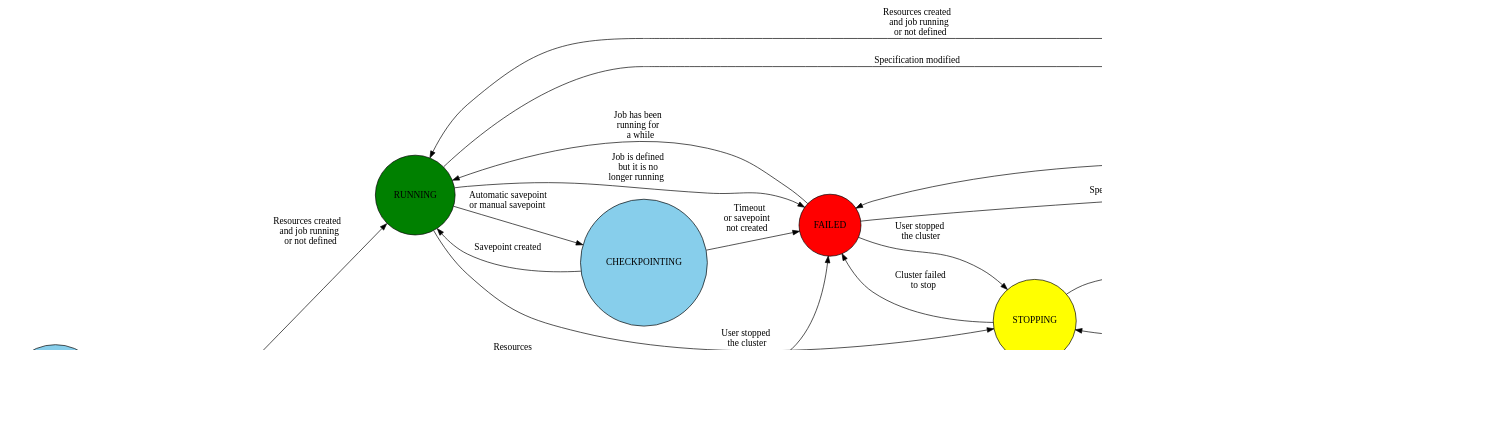
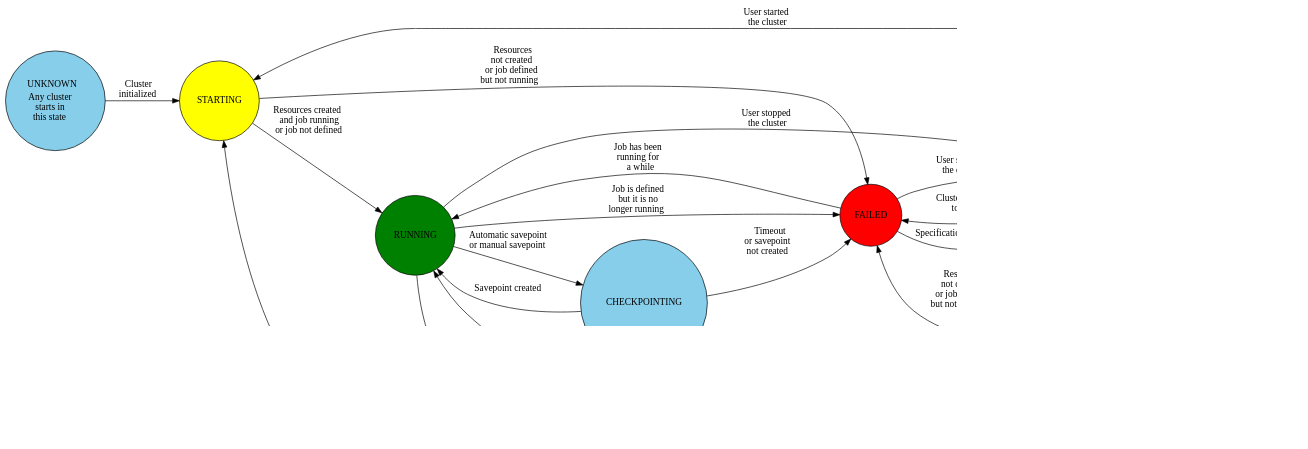
Before and after one commit to nextbreakpoint/flink-k8s-toolbox: the diagram in graphs/flink-cluster.dot, drawn with Graphviz. The commit also changed 3 other files, not shown here.

Commit message:
update graphs

```diff
--- a/graphs/flink-cluster.dot
+++ b/graphs/flink-cluster.dot
@@ -1,170 +1,163 @@
 digraph state_machine {
   graph [autosize=false, resolution=100];
   center=true;
   margin=0;
   rankdir=LR;
   node [shape=circle, style="filled", fillcolor=skyblue];
   UNKNOWN [ label = <
       <TABLE ALIGN="LEFT" BORDER="0" CELLBORDER="0" CELLSPACING="0">
           <TR>
               <TD>UNKNOWN</TD>
           </TR>
           <TR>
               <TD>Any cluster<BR/>starts in<BR/>this state</TD>
           </TR>
       </TABLE>
   > ];
   UNKNOWN -> STARTING [ label = <
       <TABLE ALIGN="LEFT" BORDER="0" CELLBORDER="0" CELLSPACING="0">
           <TR>
               <TD>Cluster<BR/>initialized</TD>
           </TR>
       </TABLE>
   > ];
   STARTING -> RUNNING [ label = <
       <TABLE ALIGN="LEFT" BORDER="0" CELLBORDER="0" CELLSPACING="0">
           <TR>
-              <TD>Resources created<BR/>and job running<BR/>or not defined</TD>
+              <TD>Resources created<BR/>and job running<BR/>or job not defined</TD>
           </TR>
       </TABLE>
   > ];
   STARTING -> FAILED [ label = <
       <TABLE ALIGN="LEFT" BORDER="0" CELLBORDER="0" CELLSPACING="0">
           <TR>
               <TD>Resources<BR/>not created<BR/>or job defined<BR/>but not running</TD>
           </TR>
       </TABLE>
   > ];
   RUNNING -> CHECKPOINTING [ label = <
       <TABLE ALIGN="LEFT" BORDER="0" CELLBORDER="0" CELLSPACING="0">
           <TR>
               <TD>Automatic savepoint<BR/>or manual savepoint</TD>
           </TR>
       </TABLE>
   > ];
   RUNNING -> UPDATING [ label = <
       <TABLE ALIGN="LEFT" BORDER="0" CELLBORDER="0" CELLSPACING="0">
           <TR>
               <TD>Specification modified</TD>
           </TR>
       </TABLE>
   > ];
   RUNNING -> FAILED [ label = <
       <TABLE ALIGN="LEFT" BORDER="0" CELLBORDER="0" CELLSPACING="0">
           <TR>
               <TD>Job is defined<BR/>but it is no<BR/>longer running</TD>
           </TR>
       </TABLE>
   > ];
   RUNNING -> STOPPING [ label = <
       <TABLE ALIGN="LEFT" BORDER="0" CELLBORDER="0" CELLSPACING="0">
           <TR>
               <TD>User stopped<BR/>the cluster</TD>
           </TR>
       </TABLE>
   > ];
   UPDATING -> FAILED [ label = <
       <TABLE ALIGN="LEFT" BORDER="0" CELLBORDER="0" CELLSPACING="0">
           <TR>
               <TD>Resources<BR/>not created<BR/>or job defined<BR/>but not running</TD>
           </TR>
       </TABLE>
   > ];
   UPDATING -> RUNNING [ label = <
       <TABLE ALIGN="LEFT" BORDER="0" CELLBORDER="0" CELLSPACING="0">
           <TR>
-              <TD>Resources created<BR/>and job running<BR/>or not defined</TD>
+              <TD>Resources created<BR/>and job running<BR/>or job not defined</TD>
           </TR>
       </TABLE>
   > ];
   STOPPING -> SUSPENDED [ label = <
       <TABLE ALIGN="LEFT" BORDER="0" CELLBORDER="0" CELLSPACING="0">
           <TR>
               <TD>User stopped<BR/>the cluster<BR/>but didn't ask to<BR/>delete resources</TD>
           </TR>
       </TABLE>
   > ];
   STOPPING -> TERMINATED [ label = <
       <TABLE ALIGN="LEFT" BORDER="0" CELLBORDER="0" CELLSPACING="0">
           <TR>
               <TD>User stopped<BR/>the cluster<BR/>and asked to<BR/>delete resources</TD>
           </TR>
       </TABLE>
   > ];
   STOPPING -> FAILED [ label = <
       <TABLE ALIGN="LEFT" BORDER="0" CELLBORDER="0" CELLSPACING="0">
           <TR>
               <TD>Cluster failed<BR/>to stop</TD>
           </TR>
       </TABLE>
   > ];
   CHECKPOINTING -> RUNNING [ label = <
       <TABLE ALIGN="LEFT" BORDER="0" CELLBORDER="0" CELLSPACING="0">
           <TR>
               <TD>Savepoint created</TD>
           </TR>
       </TABLE>
   > ];
   CHECKPOINTING -> FAILED [ label = <
       <TABLE ALIGN="LEFT" BORDER="0" CELLBORDER="0" CELLSPACING="0">
           <TR>
               <TD>Timeout<BR/>or savepoint<BR/>not created</TD>
           </TR>
       </TABLE>
   > ];
   SUSPENDED -> STARTING [ label = <
       <TABLE ALIGN="LEFT" BORDER="0" CELLBORDER="0" CELLSPACING="0">
           <TR>
               <TD>User started<BR/>the cluster</TD>
           </TR>
       </TABLE>
   > ];
   SUSPENDED -> STOPPING [ label = <
       <TABLE ALIGN="LEFT" BORDER="0" CELLBORDER="0" CELLSPACING="0">
           <TR>
               <TD>User stopped<BR/>the cluster<BR/>and asked to<BR/>delete resources</TD>
           </TR>
       </TABLE>
   > ];
-  SUSPENDED -> UPDATING [ label = <
-      <TABLE ALIGN="LEFT" BORDER="0" CELLBORDER="0" CELLSPACING="0">
-          <TR>
-              <TD>Specification modified</TD>
-          </TR>
-      </TABLE>
-  > ];
   TERMINATED -> STARTING [ label = <
       <TABLE ALIGN="LEFT" BORDER="0" CELLBORDER="0" CELLSPACING="0">
           <TR>
               <TD>User started<BR/>the cluster</TD>
           </TR>
       </TABLE>
   > ];
   FAILED -> STOPPING [ label = <
       <TABLE ALIGN="LEFT" BORDER="0" CELLBORDER="0" CELLSPACING="0">
           <TR>
               <TD>User stopped<BR/>the cluster</TD>
           </TR>
       </TABLE>
   > ];
   FAILED -> RUNNING [ label = <
       <TABLE ALIGN="LEFT" BORDER="0" CELLBORDER="0" CELLSPACING="0">
           <TR>
               <TD>Job has been<BR/>running for<BR/>a while</TD>
           </TR>
       </TABLE>
   > ];
   FAILED -> UPDATING [ label = <
       <TABLE ALIGN="LEFT" BORDER="0" CELLBORDER="0" CELLSPACING="0">
           <TR>
               <TD>Specification modified</TD>
           </TR>
       </TABLE>
   > ];
   STOPPING [ fillcolor=yellow ];
   STARTING [ fillcolor=yellow ];
   UPDATING [ fillcolor=yellow ];
   RUNNING [ fillcolor=green ];
   FAILED [ fillcolor=red ];
   CHECKPOINTING [ fillcolor=skyblue ];
 }
```
